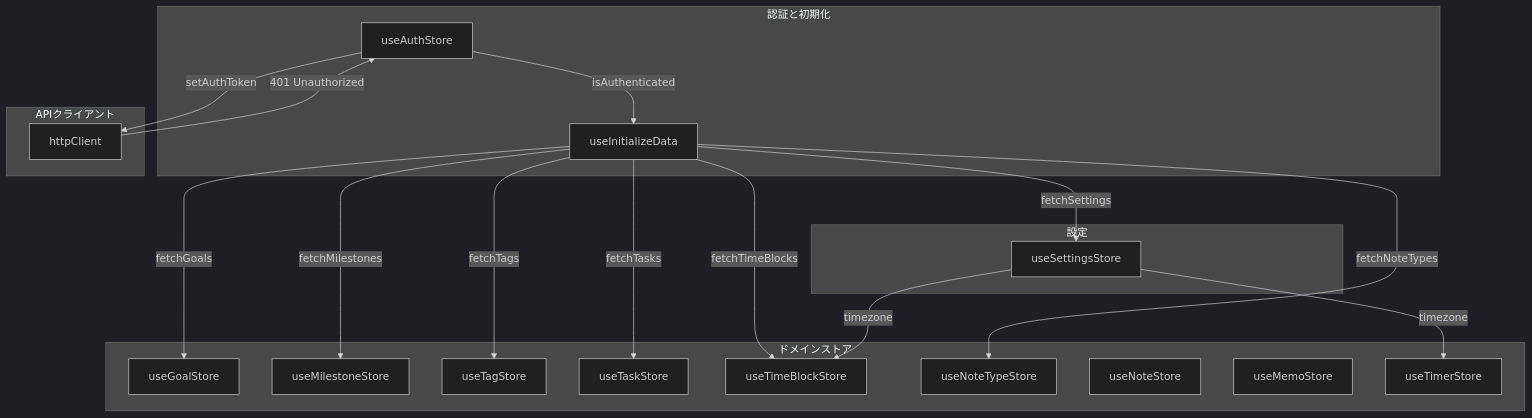
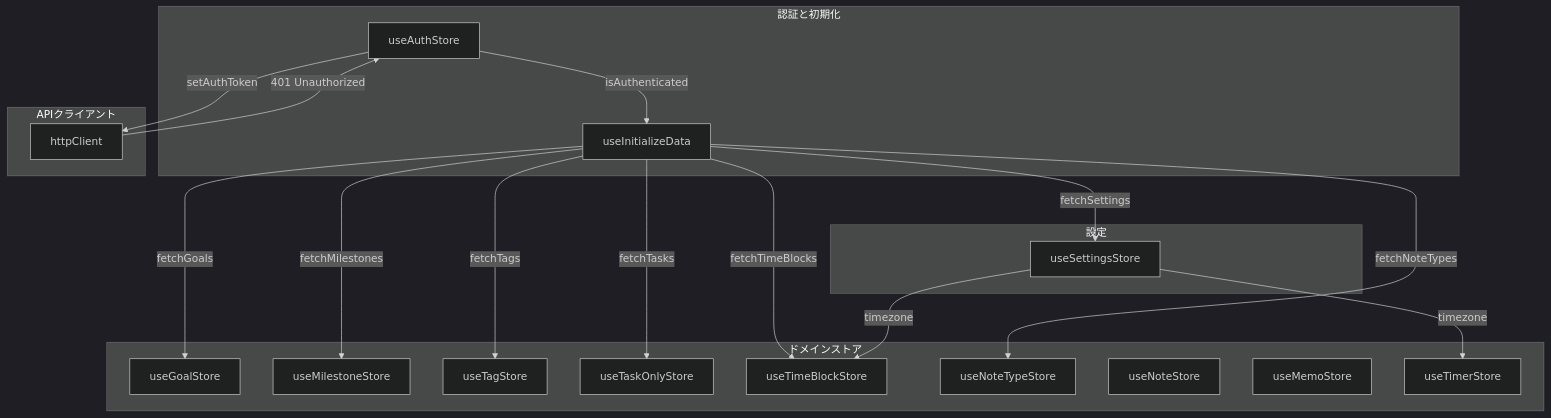
The third of 4 diagrams in src/ARCHITECTURE.md (yu-min3/kensan), drawn with Mermaid (dark theme) before and after one commit. The commit also changed other lines of this file and 60 other files, not shown here.

````diff
--- a/src/ARCHITECTURE.md
+++ b/src/ARCHITECTURE.md
@@ -922,43 +938,43 @@
 ```mermaid
 graph TB
     subgraph "認証と初期化"
         AuthStore[useAuthStore]
         InitHook[useInitializeData]
     end
 
     subgraph "設定"
         SettingsStore[useSettingsStore]
     end
 
     subgraph "ドメインストア"
         GoalStore[useGoalStore]
         MilestoneStore[useMilestoneStore]
         TagStore[useTagStore]
-        TaskStore[useTaskStore]
+        TaskStore[useTaskOnlyStore]
         TimeBlockStore[useTimeBlockStore]
         NoteTypeStore[useNoteTypeStore]
         NoteStore[useNoteStore]
         MemoStore[useMemoStore]
         TimerStore[useTimerStore]
     end
 
     subgraph "APIクライアント"
         HttpClient[httpClient]
     end
 
     AuthStore -->|setAuthToken| HttpClient
     AuthStore -->|isAuthenticated| InitHook
 
     InitHook -->|fetchSettings| SettingsStore
     InitHook -->|fetchNoteTypes| NoteTypeStore
     InitHook -->|fetchGoals| GoalStore
     InitHook -->|fetchMilestones| MilestoneStore
     InitHook -->|fetchTags| TagStore
     InitHook -->|fetchTasks| TaskStore
     InitHook -->|fetchTimeBlocks| TimeBlockStore
 
     SettingsStore -->|timezone| TimeBlockStore
     SettingsStore -->|timezone| TimerStore
 
     HttpClient -->|401 Unauthorized| AuthStore
 ```
````
